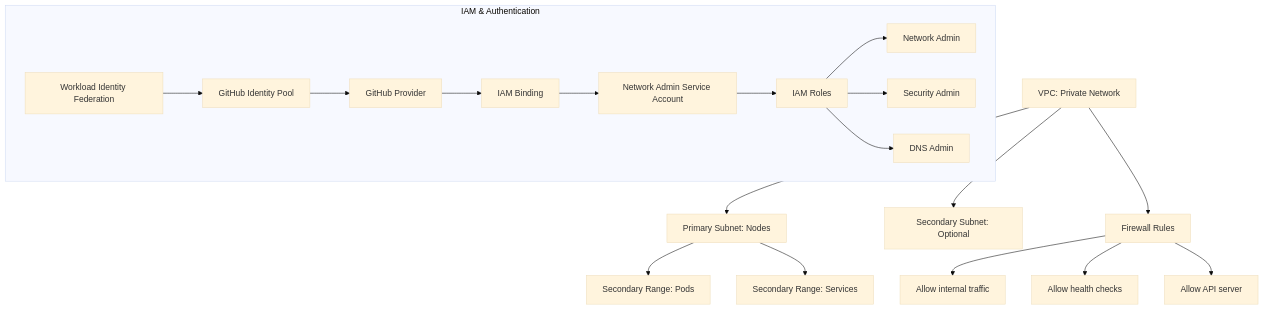
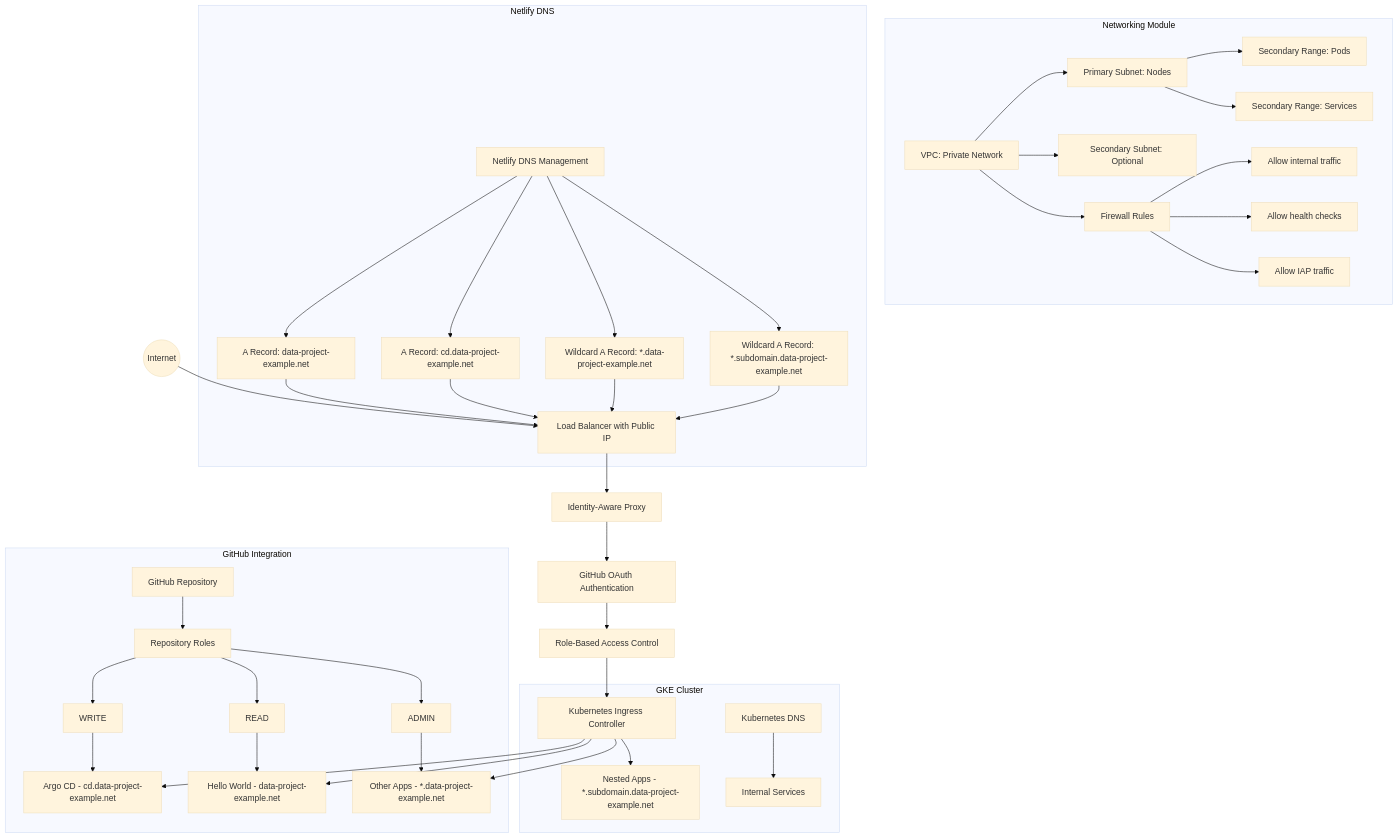
Before and after one commit to carroll-tech/data-project-example: the diagram in infrastructure/networking/plan.md, drawn with Mermaid (base theme). The commit also changed other lines of this file, not shown here.

Commit message:
docs(infra): update networking plan with GitHub auth integration

````diff
--- a/infrastructure/networking/plan.md
+++ b/infrastructure/networking/plan.md
@@ -56,22 +80,54 @@
 ```mermaid
 graph TD
+    Internet((Internet)) --> LB[Load Balancer with Public IP]
+    LB --> IAP[Identity-Aware Proxy]
+    IAP --> Auth[GitHub OAuth Authentication]
+    Auth --> RBAC[Role-Based Access Control]
+    RBAC --> Ingress[Kubernetes Ingress Controller]
+    Ingress --> ArgoCD[Argo CD - cd.data-project-example.net]
+    Ingress --> HelloWorld[Hello World - data-project-example.net]
+    Ingress --> OtherApps[Other Apps - *.data-project-example.net]
+    Ingress --> NestedApps[Nested Apps - *.subdomain.data-project-example.net]
+    
+    subgraph "GitHub Integration"
+    GitRepo[GitHub Repository] --> Roles[Repository Roles]
+    Roles --> RepoRole1[READ]
+    Roles --> RepoRole2[WRITE]
+    Roles --> RepoRole3[ADMIN]
+    RepoRole1 --> HelloWorld
+    RepoRole2 --> ArgoCD
+    RepoRole3 --> OtherApps
+    end
+    
+    subgraph "GKE Cluster"
+    Ingress
+    ArgoCD
+    HelloWorld
+    OtherApps
+    NestedApps
+    InternalDNS[Kubernetes DNS]
+    InternalDNS --> ClusterServices[Internal Services]
+    end
+    
+    subgraph "Networking Module"
     VPC[VPC: Private Network] --> Subnet1[Primary Subnet: Nodes]
     VPC --> Subnet2[Secondary Subnet: Optional]
     Subnet1 --> SecRange1[Secondary Range: Pods]
     Subnet1 --> SecRange2[Secondary Range: Services]
     VPC --> FW[Firewall Rules]
     FW --> FW1[Allow internal traffic]
     FW --> FW2[Allow health checks]
-    FW --> FW3[Allow API server]
+    FW --> FW3[Allow IAP traffic]
+    end
     
-    subgraph IAM[IAM & Authentication]
-    SA[Network Admin Service Account] --> Roles[IAM Roles]
-    Roles --> Role1[Network Admin]
-    Roles --> Role2[Security Admin]
-    Roles --> Role3[DNS Admin]
-    WIF[Workload Identity Federation] --> Pool[GitHub Identity Pool]
-    Pool --> Provider[GitHub Provider]
-    Provider --> Binding[IAM Binding]
-    Binding --> SA
+    subgraph "Netlify DNS"
+    NetlifyDNS[Netlify DNS Management] --> RootRecord[A Record: data-project-example.net]
+    NetlifyDNS --> CDRecord[A Record: cd.data-project-example.net]
+    NetlifyDNS --> WildcardRecord[Wildcard A Record: *.data-project-example.net]
+    NetlifyDNS --> NestedWildcard[Wildcard A Record: *.subdomain.data-project-example.net]
+    RootRecord --> LB
+    CDRecord --> LB
+    WildcardRecord --> LB
+    NestedWildcard --> LB
     end
 ```
````
